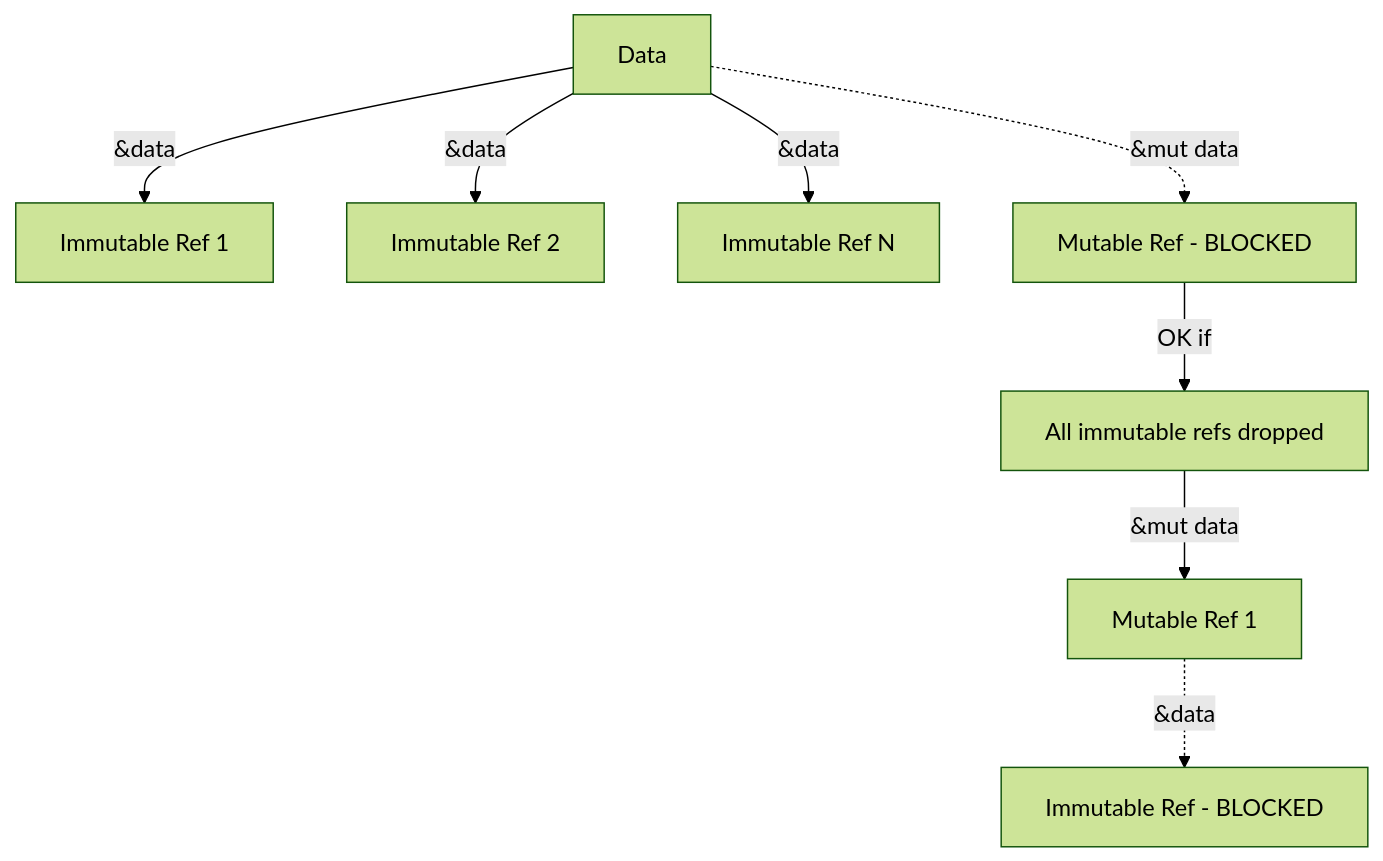
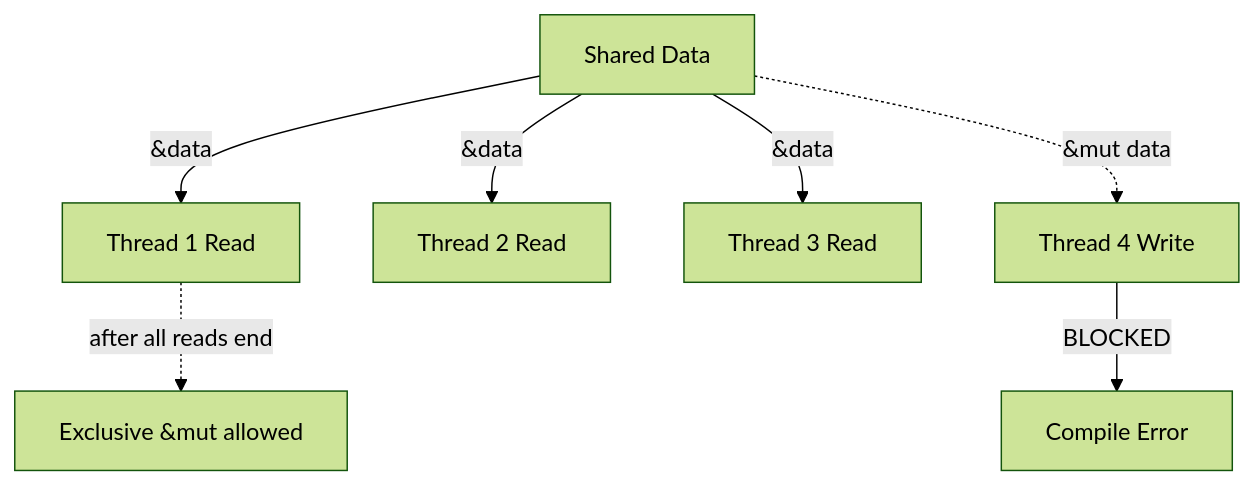
The fourth of 6 diagrams in Software Engineering/02 - Rust Engineering/01 - Rust Fundamentals/01 - Ownership, Borrowing, and Lifetimes.md (Leito2/Learning), drawn with Mermaid (forest theme) before and after one commit. The commit also changed other lines of this file and 41 other files, not shown here.

````diff
--- a/Software Engineering/02 - Rust Engineering/01 - Rust Fundamentals/01 - Ownership, Borrowing, and Lifetimes.md
+++ b/Software Engineering/02 - Rust Engineering/01 - Rust Fundamentals/01 - Ownership, Borrowing, and Lifetimes.md
@@ -162,10 +275,9 @@
 ```mermaid
 graph TD
-    A[Data] -->|&data| B[Immutable Ref 1]
-    A -->|&data| C[Immutable Ref 2]
-    A -->|&data| D[Immutable Ref N]
-    A -.->|&mut data| E[Mutable Ref - BLOCKED]
-    E -->|OK if| F[All immutable refs dropped]
-    F -->|&mut data| G[Mutable Ref 1]
-    G -.->|&data| H[Immutable Ref - BLOCKED]
+    A[Shared Data] -->|&data| B[Thread 1 Read]
+    A -->|&data| C[Thread 2 Read]
+    A -->|&data| D[Thread 3 Read]
+    A -.->|&mut data| E[Thread 4 Write]
+    E -->|BLOCKED| F[Compile Error]
+    B -.->|after all reads end| G[Exclusive &mut allowed]
 ```
````
